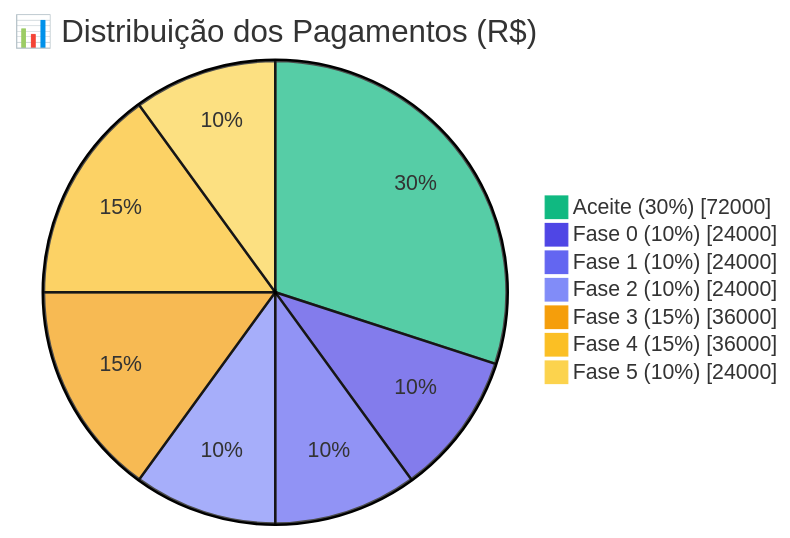
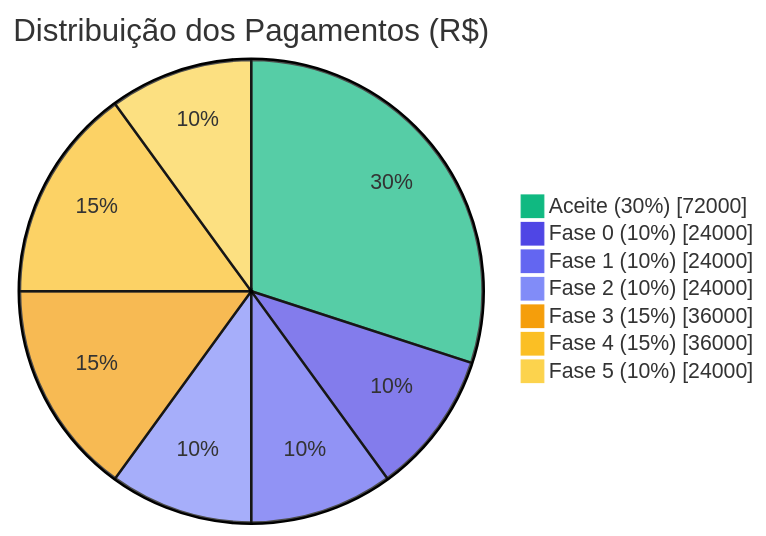
Diagram 14 of 14 in docs/planoProjetoModernizacao.md (Evilazaro/Azure-LogicApps-Monitoring), drawn with Mermaid before and after one commit. The commit also changed other lines of this file, not shown here.

Commit message:
docs: Enhance mermaid diagrams with improved titles and section headers for better clarity and organization

````diff
--- a/docs/planoProjetoModernizacao.md
+++ b/docs/planoProjetoModernizacao.md
@@ -2263,20 +2272,23 @@
 ```mermaid
+---
+title: Distribuição dos Pagamentos (R$)
+---
 %%{init: { 'theme': 'base', 'themeVariables': {
     'pie1': '#10B981',
     'pie2': '#4F46E5',
     'pie3': '#6366F1',
     'pie4': '#818CF8',
     'pie5': '#F59E0B',
     'pie6': '#FBBF24',
     'pie7': '#FCD34D'
 } } }%%
 pie showData
-    title 📊 Distribuição dos Pagamentos (R$)
+    %% ===== DISTRIBUIÇÃO DE PAGAMENTOS =====
     "Aceite (30%)" : 72000
     "Fase 0 (10%)" : 24000
     "Fase 1 (10%)" : 24000
     "Fase 2 (10%)" : 24000
     "Fase 3 (15%)" : 36000
     "Fase 4 (15%)" : 36000
     "Fase 5 (10%)" : 24000
 ```
````
